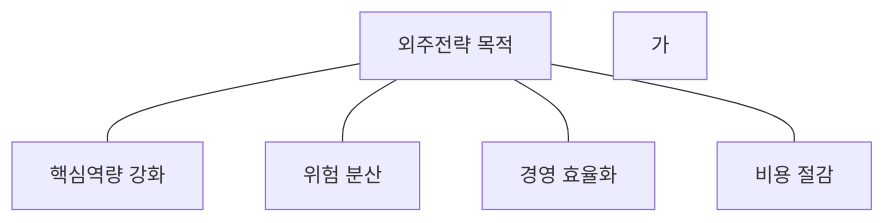
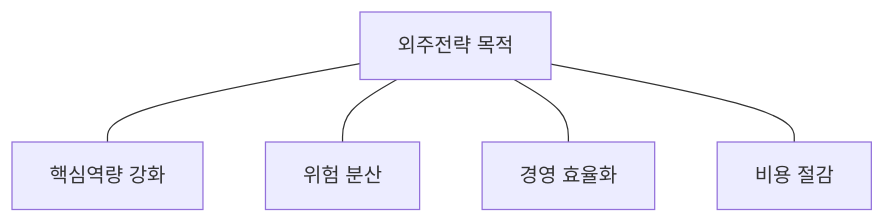
The fifth of 5 diagrams in 0103구매와외주전략.qmd (yeonkyupark/pepc2e), drawn with Mermaid before and after one commit. The commit also changed other lines of this file, not shown here.

````diff
--- a/0103구매와외주전략.qmd
+++ b/0103구매와외주전략.qmd
@@ -274,12 +267,10 @@
 ```{mermaid}
 flowchart TD
     00[외주전략 목적] 
     10[핵심역량 강화] 
     20[위험 분산] 
     30[경영 효율화] 
     40[비용 절감]
 
     00 --- 10 & 20 & 30 & 40
-
-style 가 fill:#efefff
 ```
````
